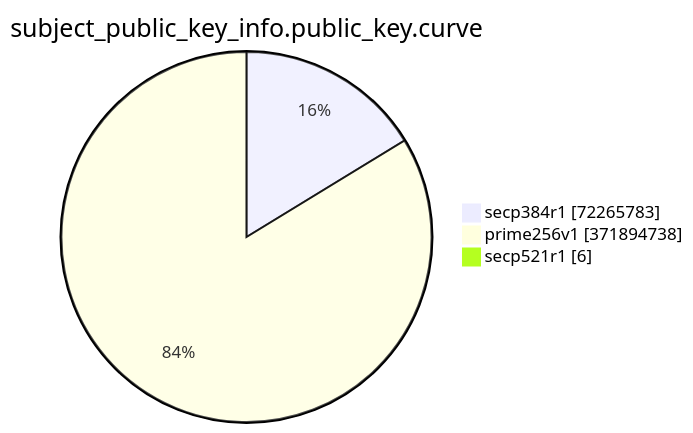
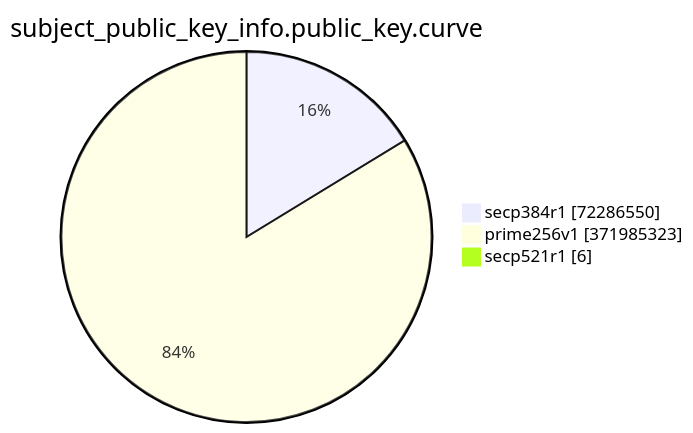
One commit to christiankrug/ctmonitor_visualization changed the eighth of 15 diagrams in TOTAL/README.md. Above: the diagram before and after it, drawn with Mermaid. The commit also changed other lines of this file, not shown here.

````diff
--- a/TOTAL/README.md
+++ b/TOTAL/README.md
@@ -3092,7 +3092,7 @@
 ```mermaid
 pie showData
 title subject_public_key_info.public_key.curve
-"secp384r1" :72265783
-"prime256v1" :371894738
+"secp384r1" :72286550
+"prime256v1" :371985323
 "secp521r1" :6
 ```
````
